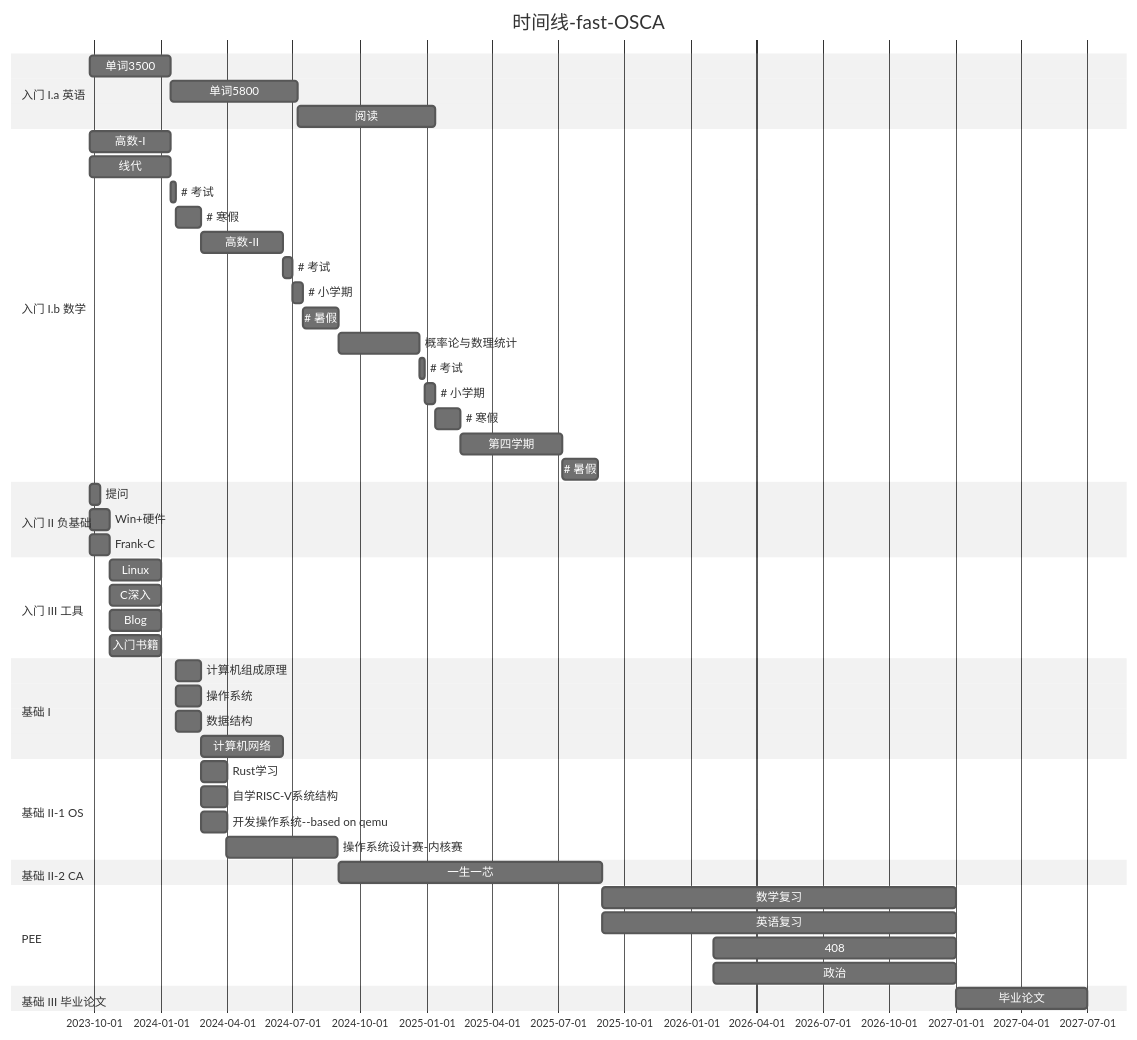
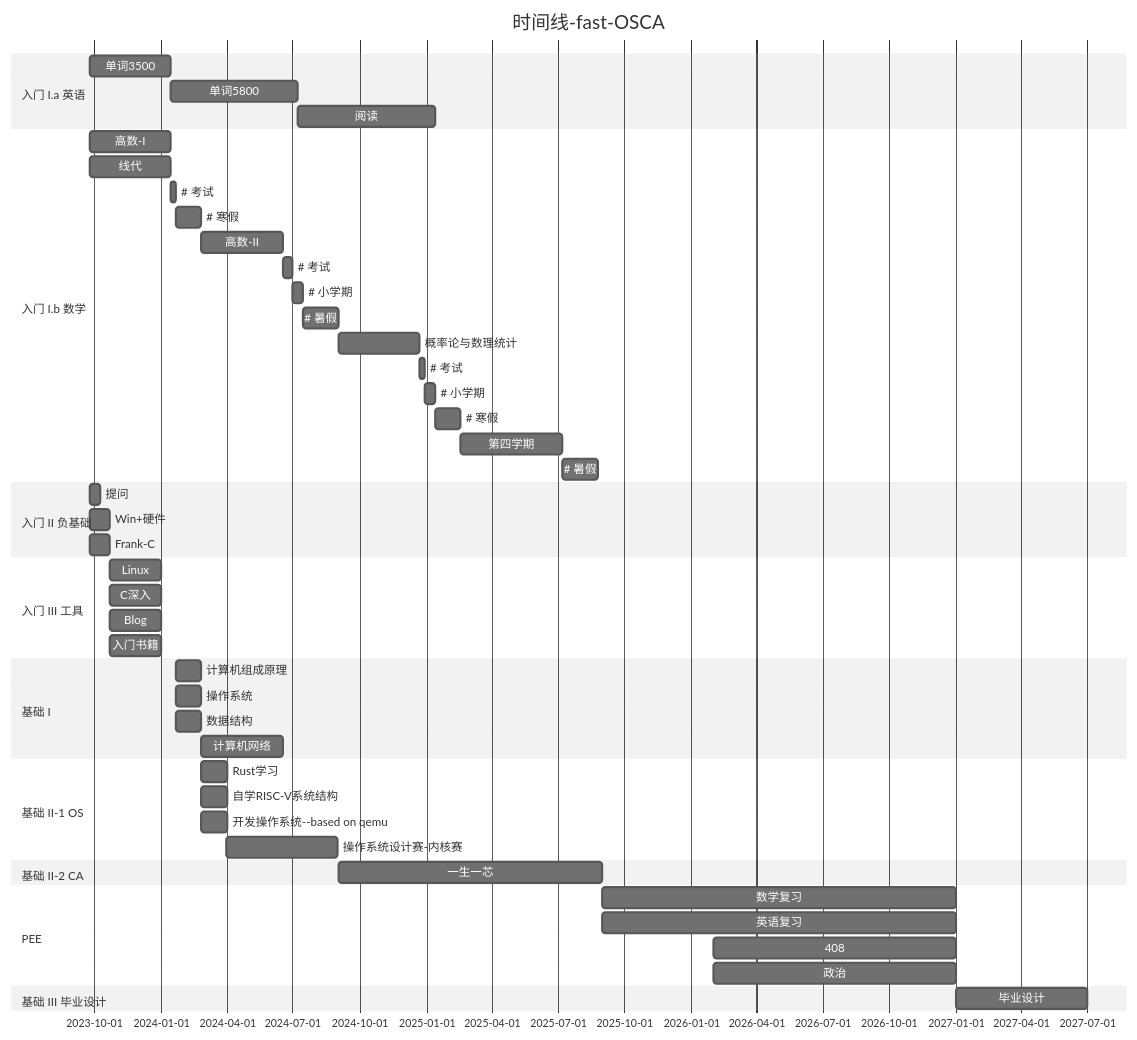
One commit to Haohahahaha/cs changed the first of 3 diagrams in docs/greenhand/fertile/fertile.md. Above: the diagram before and after it, drawn with Mermaid (neutral theme). The commit also changed other lines of this file and 1 other file, not shown here.

````diff
--- a/docs/greenhand/fertile/fertile.md
+++ b/docs/greenhand/fertile/fertile.md
@@ -21,51 +21,51 @@
 ```mermaid
 gantt
     title 时间线-fast-OSCA
     section 入门 I.a 英语
     单词3500  : 2023-09-25, 16w
     单词5800  : 25w
     阅读		: 27w
     section 入门 I.b 数学
     高数-I	: 2023-09-25, 16w
     线代 		: 2023-09-25, 16w
 #   考试: 1w
 #   寒假: 5w
     高数-II	: 2024-02-26, 16w
 #   考试: 2w
 #   小学期: 2w
 #   暑假: 7w
     概率论与数理统计: 2024-09-02, 16w
 #   考试: 1w
 #   小学期: 2w
 #   寒假: 5w
     第四学期: 20w
 #   暑假: 7w
     section 入门 II 负基础
     提问	: 2023-09-25, 2w
     Win+硬件: 2023-09-25, 4w
     Frank-C	: 2023-09-25, 4w
     section 入门 III 工具
     Linux: 2023-10-23, 10w
     C深入: 2023-10-23, 10w
     Blog: 2023-10-23, 10w
     入门书籍: 2023-10-23, 10w
     section 基础 I 
    	计算机组成原理: 2024-01-22, 5w
    	操作系统: 2024-01-22, 5w
    	数据结构: 2024-01-22, 5w
     计算机网络: 2024-02-26, 16w
     section 基础 II-1 OS
     Rust学习: 2024-02-26, 5w
     自学RISC-V系统结构: 2024-02-26, 5w
     开发操作系统--based on qemu: 2024-02-26, 5w
     操作系统设计赛-内核赛: 2024-03-31, 22w
     section 基础 II-2 CA
     一生一芯: 2024-09-02, 364d
     section PEE
     数学复习: 2025-09-01, 16M
     英语复习: 2025-09-01, 16M
     408: 2026-02-01, 11M
     政治: 2026-02-01, 11M
-    section 基础 III 毕业论文
-    毕业论文: 2027-01-01,6M
+    section 基础 III 毕业设计
+    毕业设计: 2027-01-01,6M
 ```
````
